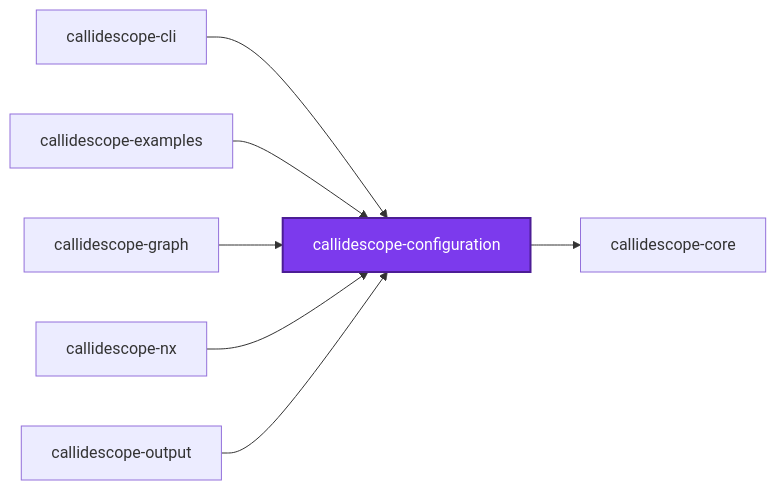
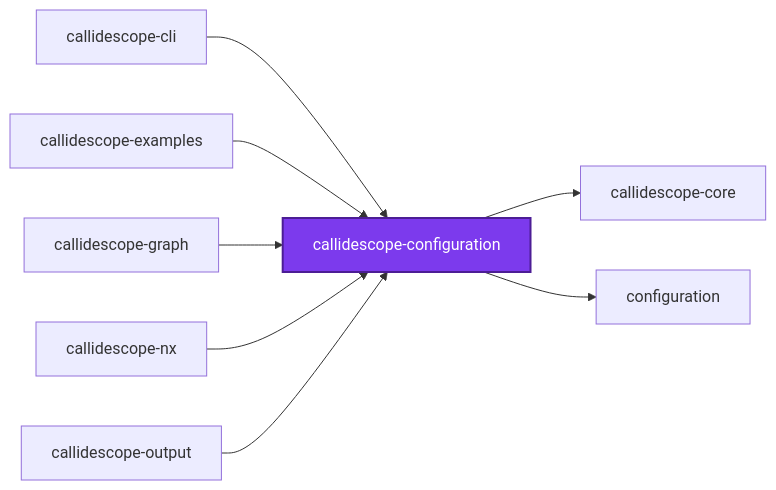
One commit to organizzolini/codebase changed the first of 3 diagrams in projects/ic-suite/callidescope/callidescope-configuration/README.md. Above: the diagram before and after it, drawn with Mermaid. The commit also changed other lines of this file and 2324 other files, not shown here.

````diff
--- a/projects/ic-suite/callidescope/callidescope-configuration/README.md
+++ b/projects/ic-suite/callidescope/callidescope-configuration/README.md
@@ -706,18 +706,20 @@
 ```mermaid
 graph LR
   callidescope_cli["callidescope-cli"]
   callidescope_configuration["callidescope-configuration"]
   callidescope_core["callidescope-core"]
   callidescope_examples["callidescope-examples"]
   callidescope_graph["callidescope-graph"]
   callidescope_nx["callidescope-nx"]
   callidescope_output["callidescope-output"]
+  configuration["configuration"]
   callidescope_cli --> callidescope_configuration
   callidescope_configuration --> callidescope_core
+  callidescope_configuration --> configuration
   callidescope_examples --> callidescope_configuration
   callidescope_graph --> callidescope_configuration
   callidescope_nx --> callidescope_configuration
   callidescope_output --> callidescope_configuration
   classDef subject fill:#7c3aed,color:#fff,stroke:#4c1d95,stroke-width:2px
   class callidescope_configuration subject
 ```
````
